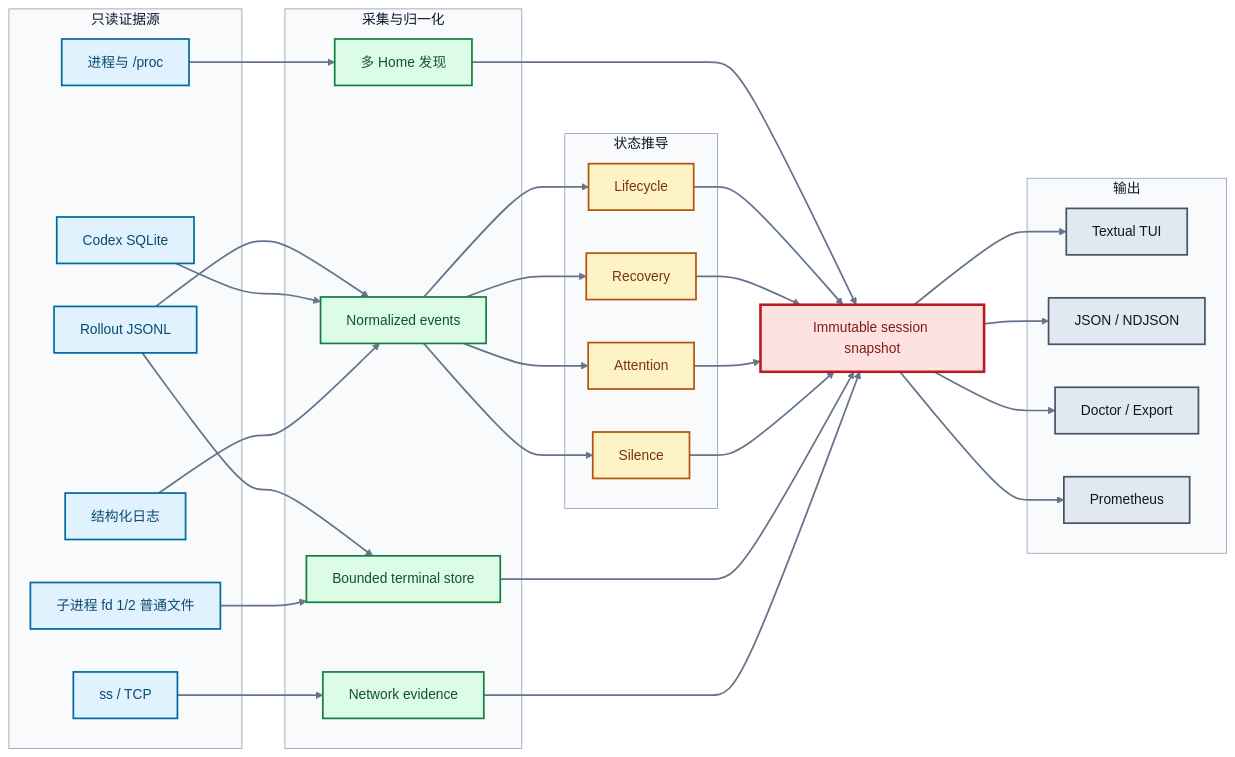
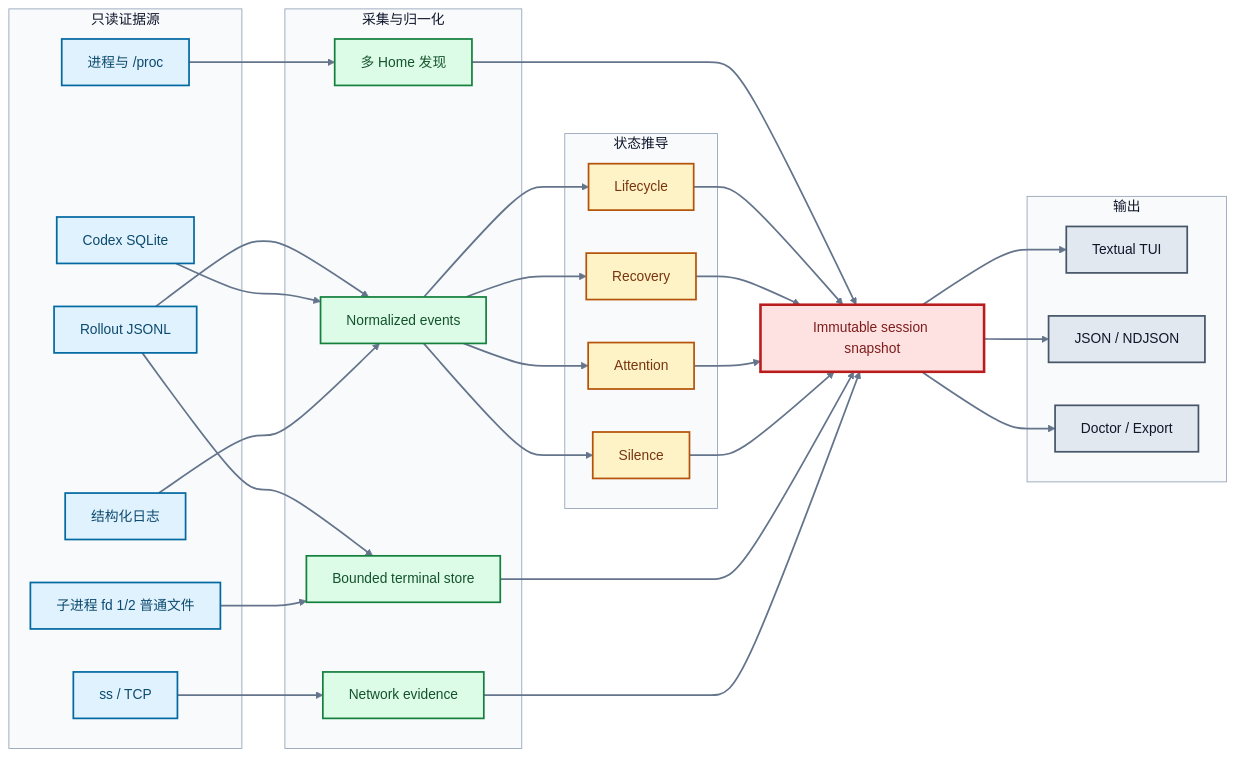
Before and after one commit to Telecaster2147/CodexDeck: the diagram in README.md, drawn with Mermaid. The commit also changed other lines of this file and 67 other files, not shown here.

````diff
--- a/README.md
+++ b/README.md
@@ -194,66 +192,65 @@
 ```mermaid
 flowchart LR
     subgraph Sources[只读证据源]
         P[进程与 /proc]
         R[Rollout JSONL]
         D[Codex SQLite]
         L[结构化日志]
         S[ss / TCP]
         F[子进程 fd 1/2 普通文件]
     end
 
     subgraph Collection[采集与归一化]
         DISC[多 Home 发现]
         EVENT[Normalized events]
         TERM[Bounded terminal store]
         NET[Network evidence]
     end
 
     subgraph Model[状态推导]
         LIFE[Lifecycle]
         REC[Recovery]
         ATTN[Attention]
         SIL[Silence]
     end
 
     SNAP[Immutable session snapshot]
 
     subgraph Views[输出]
         TUI[Textual TUI]
         JSON[JSON / NDJSON]
         DOC[Doctor / Export]
-        MET[Prometheus]
     end
 
     P --> DISC
     R --> EVENT
     D --> EVENT
     L --> EVENT
     R --> TERM
     F --> TERM
     S --> NET
     DISC --> SNAP
     EVENT --> LIFE & REC & ATTN & SIL
     LIFE & REC & ATTN & SIL --> SNAP
     TERM --> SNAP
     NET --> SNAP
-    SNAP --> TUI & JSON & DOC & MET
+    SNAP --> TUI & JSON & DOC
 
     class P,R,D,L,S,F source
     class DISC,EVENT,TERM,NET collection
     class LIFE,REC,ATTN,SIL model
     class SNAP snapshot
-    class TUI,JSON,DOC,MET view
+    class TUI,JSON,DOC view
 
     classDef source fill:#e0f2fe,stroke:#0369a1,color:#0c4a6e,stroke-width:2px
     classDef collection fill:#dcfce7,stroke:#15803d,color:#14532d,stroke-width:2px
     classDef model fill:#fef3c7,stroke:#b45309,color:#78350f,stroke-width:2px
     classDef snapshot fill:#fee2e2,stroke:#b91c1c,color:#7f1d1d,stroke-width:3px
     classDef view fill:#e2e8f0,stroke:#475569,color:#0f172a,stroke-width:2px
 
     style Sources fill:#f8fafc,stroke:#94a3b8,color:#0f172a
     style Collection fill:#f8fafc,stroke:#94a3b8,color:#0f172a
     style Model fill:#f8fafc,stroke:#94a3b8,color:#0f172a
     style Views fill:#f8fafc,stroke:#94a3b8,color:#0f172a
     linkStyle default stroke:#64748b,stroke-width:2px
 ```
````
